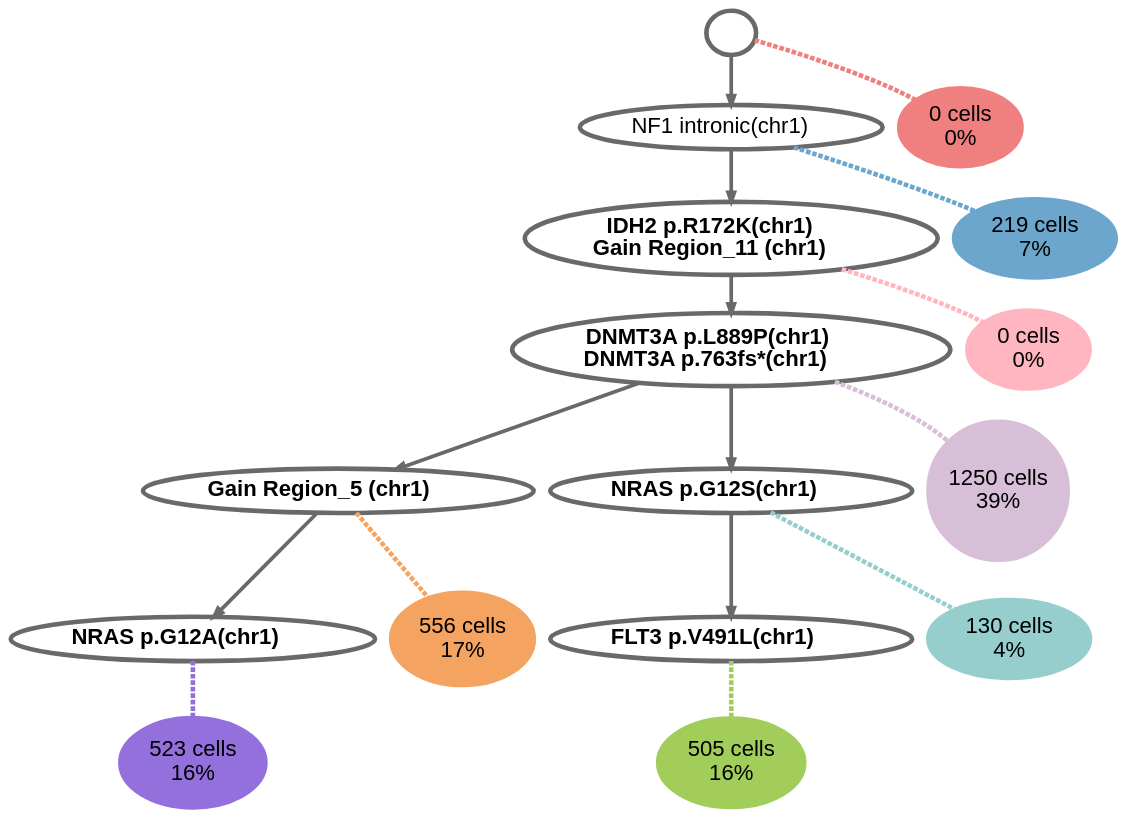
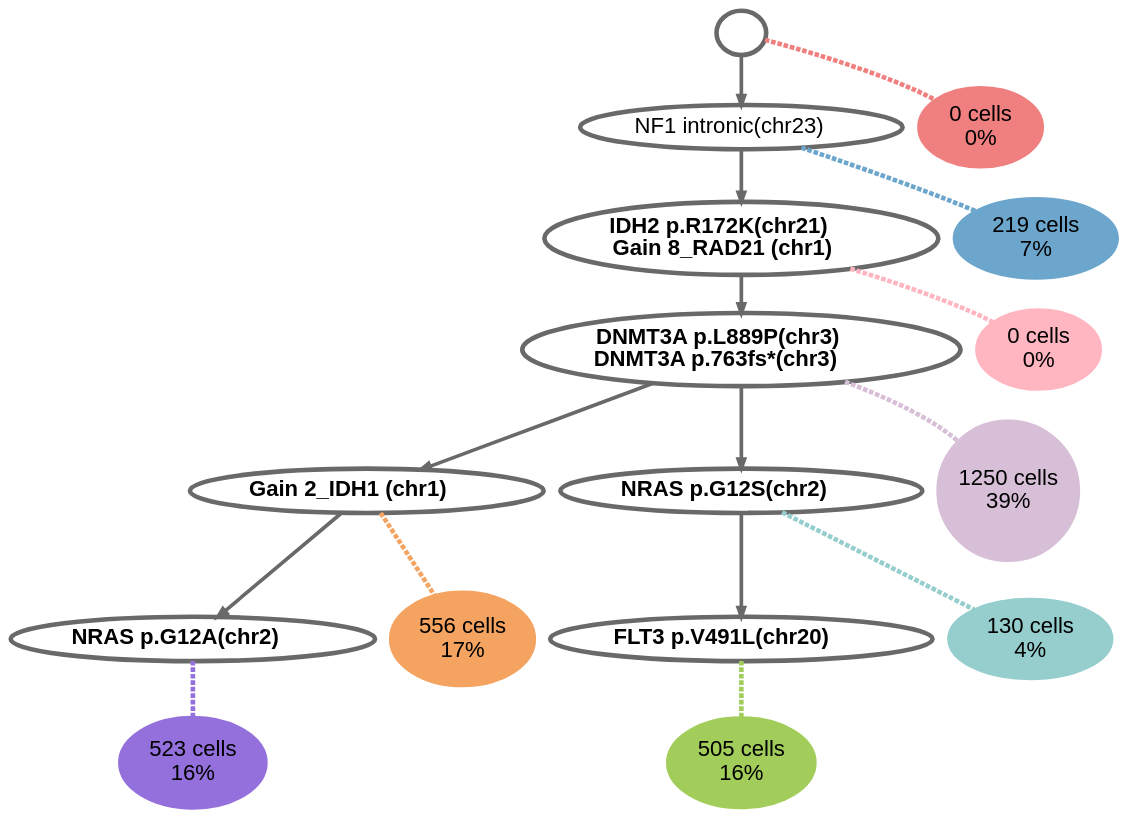
One commit to pawlakG/ScIGMA changed the diagram in results/compass_output/AML-83-002/AML-83-002_c10_l100_tree.gv. Above: the diagram before and after it, drawn with Graphviz. The commit also changed 144 other files, not shown here.

Commit message:
Fix chromosome label. Still bug on loss and gain chromosome anotation

```diff
--- a/results/compass_output/AML-83-002/AML-83-002_c10_l100_tree.gv
+++ b/results/compass_output/AML-83-002/AML-83-002_c10_l100_tree.gv
@@ -1,34 +1,34 @@
 digraph G{
 node [color=dimgray fontsize=24 fontcolor=black fontname=Helvetica penwidth=5];
 0 -> 1 [color=dimgray penwidth=4 weight=2];
 4 -> 2 [color=dimgray penwidth=4 weight=2];
 4 -> 3 [color=dimgray penwidth=4 weight=2];
 6 -> 4 [color=dimgray penwidth=4 weight=2];
 3 -> 5 [color=dimgray penwidth=4 weight=2];
 1 -> 6 [color=dimgray penwidth=4 weight=2];
 2 -> 7 [color=dimgray penwidth=4 weight=2];
 0[label=< >];
-1[label=<NF1 intronic(chr1)<br/>>];
-2[label=<<B>Gain Region_5 (chr1)</B><br/>>];
-3[label=<<B>NRAS p.G12S(chr1)</B><br/>>];
-4[label=<<B>DNMT3A p.L889P(chr1)</B><br/><B>DNMT3A p.763fs*(chr1)</B><br/>>];
-5[label=<<B>FLT3 p.V491L(chr1)</B><br/>>];
-6[label=<<B>IDH2 p.R172K(chr1)</B><br/><B>Gain Region_11 (chr1)</B><br/>>];
-7[label=<<B>NRAS p.G12A(chr1)</B><br/>>];
+1[label=<NF1 intronic(chr23)<br/>>];
+2[label=<<B>Gain 2_IDH1 (chr1)</B><br/>>];
+3[label=<<B>NRAS p.G12S(chr2)</B><br/>>];
+4[label=<<B>DNMT3A p.L889P(chr3)</B><br/><B>DNMT3A p.763fs*(chr3)</B><br/>>];
+5[label=<<B>FLT3 p.V491L(chr20)</B><br/>>];
+6[label=<<B>IDH2 p.R172K(chr21)</B><br/><B>Gain 8_RAD21 (chr1)</B><br/>>];
+7[label=<<B>NRAS p.G12A(chr2)</B><br/>>];
 0 -> 8 [dir=none style=dashed weight=1 penwidth=5 color=lightcoral];
 1 -> 9 [dir=none style=dashed weight=1 penwidth=5 color=skyblue3];
 2 -> 10 [dir=none style=dashed weight=1 penwidth=5 color=sandybrown];
 3 -> 11 [dir=none style=dashed weight=1 penwidth=5 color=paleturquoise3];
 4 -> 12 [dir=none style=dashed weight=1 penwidth=5 color=thistle];
 5 -> 13 [dir=none style=dashed weight=1 penwidth=5 color=darkolivegreen3];
 6 -> 14 [dir=none style=dashed weight=1 penwidth=5 color=lightpink];
 7 -> 15 [dir=none style=dashed weight=1 penwidth=5 color=mediumpurple];
 8[label="0 cells\n0\%" style = filled width=0 height=0 color=lightcoral];
 9[label="219 cells\n7\%" style = filled width=0.874344 height=0.874344 color=skyblue3];
 10[label="556 cells\n17\%" style = filled width=1.39315 height=1.39315 color=sandybrown];
 11[label="130 cells\n4\%" style = filled width=0.673647 height=0.673647 color=paleturquoise3];
 12[label="1250 cells\n39\%" style = filled width=2.08889 height=2.08889 color=thistle];
 13[label="505 cells\n16\%" style = filled width=1.32772 height=1.32772 color=darkolivegreen3];
 14[label="0 cells\n0\%" style = filled width=0 height=0 color=lightpink];
 15[label="523 cells\n16\%" style = filled width=1.35117 height=1.35117 color=mediumpurple];
 }
```
